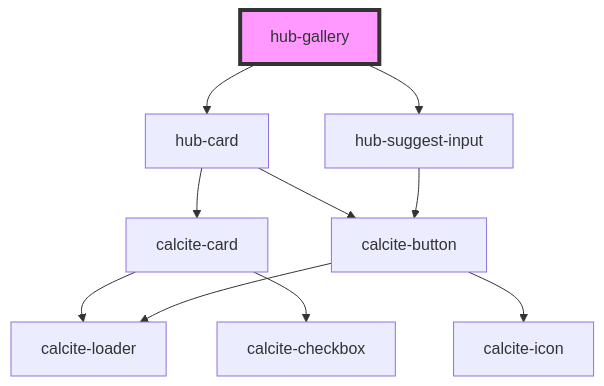
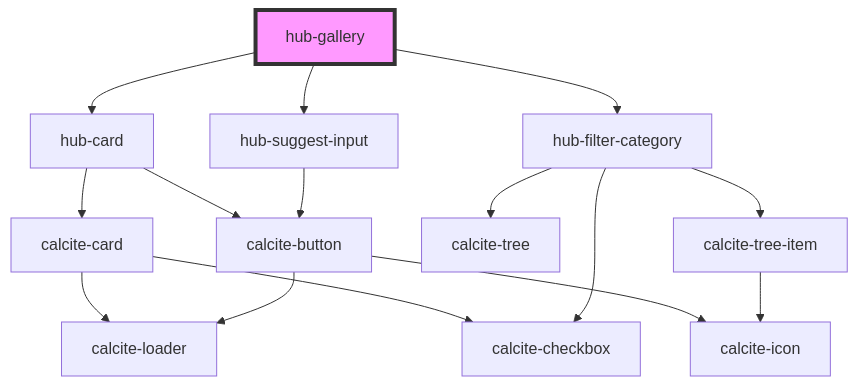
One commit to esridc/hub-components-experiments changed the diagram in src/components/hub-gallery/readme.md. Above: the diagram before and after it, drawn with Mermaid. The commit also changed other lines of this file and 8 other files, not shown here.

````diff
--- a/src/components/hub-gallery/readme.md
+++ b/src/components/hub-gallery/readme.md
@@ -35,13 +36,18 @@
 ```mermaid
 graph TD;
   hub-gallery --> hub-card
   hub-gallery --> hub-suggest-input
+  hub-gallery --> hub-filter-category
   hub-card --> calcite-card
   hub-card --> calcite-button
   calcite-card --> calcite-loader
   calcite-card --> calcite-checkbox
   calcite-button --> calcite-loader
   calcite-button --> calcite-icon
   hub-suggest-input --> calcite-button
+  hub-filter-category --> calcite-checkbox
+  hub-filter-category --> calcite-tree
+  hub-filter-category --> calcite-tree-item
+  calcite-tree-item --> calcite-icon
   style hub-gallery fill:#f9f,stroke:#333,stroke-width:4px
 ```
````
